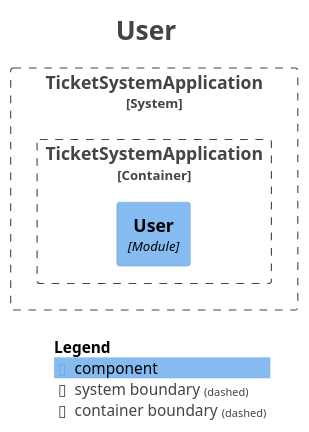
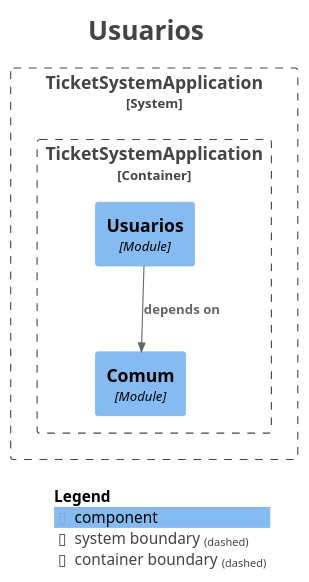
One commit to AnthoniBortolotto/ticket-management-system changed the diagram in docs/modules/module-user.puml. Above: the diagram before and after it, drawn with PlantUML. The commit also changed 34 other files, not shown here.

Commit message:
FEAT - add user accounts, JWT signing and the login session schema

```diff
--- a/docs/modules/module-user.puml
+++ b/docs/modules/module-user.puml
@@ -1,27 +1,30 @@
 @startuml
-title <size:24>User</size>
+title <size:24>Usuarios</size>
 
 set separator none
 top to bottom direction
 
 <style>
   root {
     BackgroundColor: #ffffff
     FontColor: #444444
   }
 </style>
 
 !include <C4/C4>
 !include <C4/C4_Context>
 !include <C4/C4_Component>
 
 System_Boundary("TicketSystemApplication_boundary", "TicketSystemApplication", $tags="") {
   Container_Boundary("TicketSystemApplication.TicketSystemApplication_boundary", "TicketSystemApplication", $tags="") {
-    Component(TicketSystemApplication.TicketSystemApplication.User, "User", $techn="Module", $descr="", $tags="", $link="")
+    Component(TicketSystemApplication.TicketSystemApplication.Comum, "Comum", $techn="Module", $descr="", $tags="", $link="")
+    Component(TicketSystemApplication.TicketSystemApplication.Usuarios, "Usuarios", $techn="Module", $descr="", $tags="", $link="")
   }
 
 }
 
+Rel(TicketSystemApplication.TicketSystemApplication.Usuarios, TicketSystemApplication.TicketSystemApplication.Comum, "depends on", $techn="", $tags="", $link="")
+
 SHOW_LEGEND(true)
 hide stereotypes
 @enduml
```
